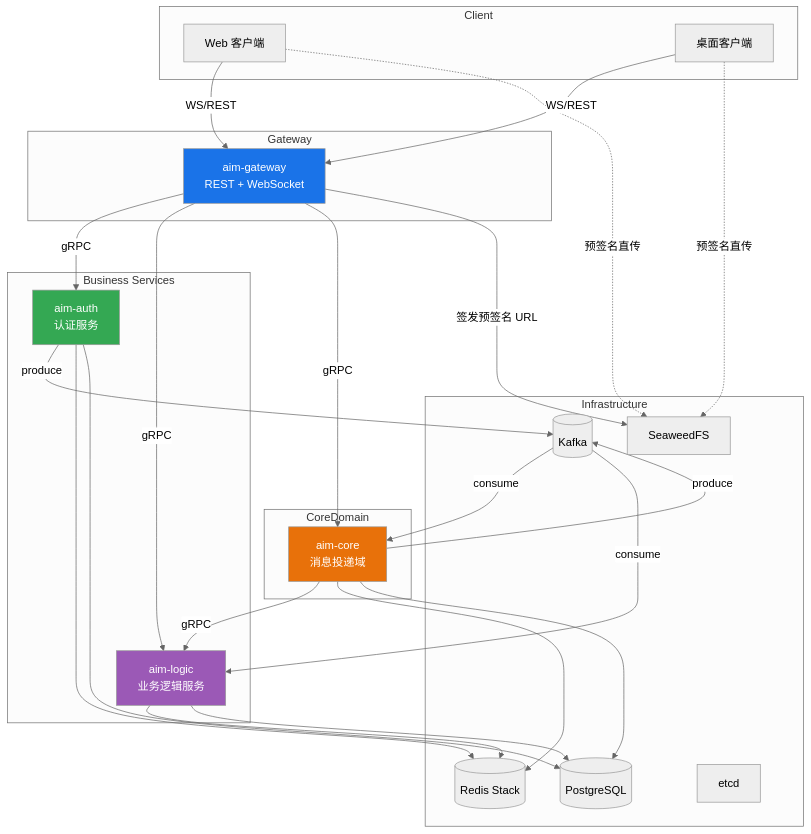
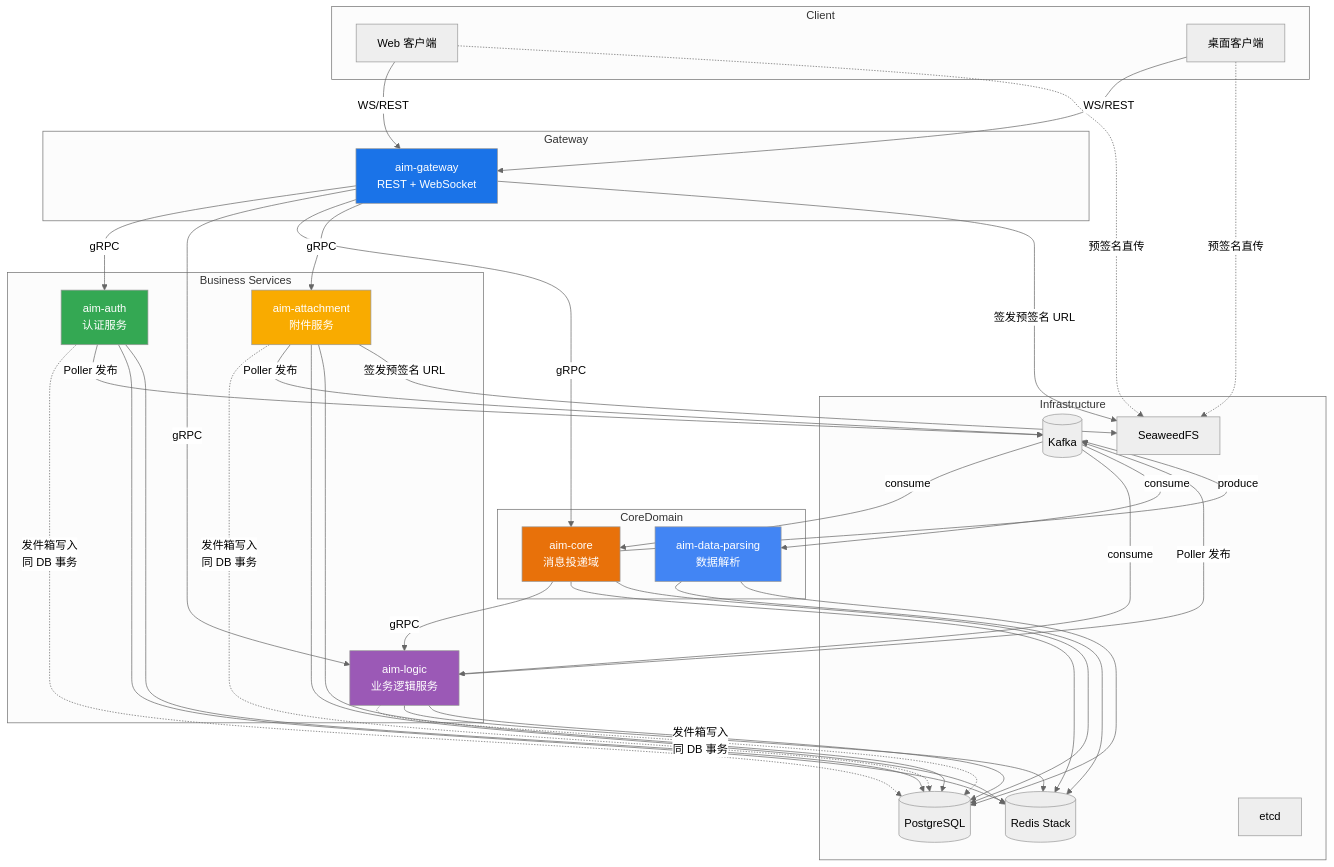
One commit to hellopoisonx/aim changed the diagram in README.md. Above: the diagram before and after it, drawn with Mermaid (neutral theme). The commit also changed other lines of this file, not shown here.

````diff
--- a/README.md
+++ b/README.md
@@ -49,45 +74,66 @@
 ```mermaid
 graph TB
     subgraph Client
         Web[Web 客户端]
         Desktop[桌面客户端]
     end
     subgraph Gateway
         GW[aim-gateway<br/>REST + WebSocket]
     end
     subgraph "Business Services"
         Auth[aim-auth<br/>认证服务]
         Logic[aim-logic<br/>业务逻辑服务]
+        Attachment[aim-attachment<br/>附件服务]
     end
     subgraph CoreDomain
         Core[aim-core<br/>消息投递域]
+        DataParsing[aim-data-parsing<br/>数据解析]
     end
     subgraph Infrastructure
         Kafka[(Kafka)]
         Redis[(Redis Stack)]
         PG[(PostgreSQL)]
         SeaweedFS[SeaweedFS]
         Etcd[etcd]
+    end
 
-    end
     Web -->|WS/REST| GW
     Desktop -->|WS/REST| GW
     GW -->|gRPC| Auth
     GW -->|gRPC| Logic
     GW -->|gRPC| Core
+    GW -->|gRPC| Attachment
     Core -->|gRPC| Logic
+
     Core -->|produce| Kafka
     Kafka -->|consume| Core
-    Auth -->|produce| Kafka
+
+    Auth -.->|发件箱写入<br/>同 DB 事务| PG
+    Logic -.->|发件箱写入<br/>同 DB 事务| PG
+    Attachment -.->|发件箱写入<br/>同 DB 事务| PG
+
+    Auth -->|Poller 发布| Kafka
+    Logic -->|Poller 发布| Kafka
+    Attachment -->|Poller 发布| Kafka
+
     Kafka -->|consume| Logic
+    Kafka -->|consume| DataParsing
+
     Auth --> Redis & PG
     Logic --> Redis & PG
     Core --> Redis & PG
+    Attachment --> Redis & PG
+    DataParsing --> Redis & PG
+
     Web -.->|预签名直传| SeaweedFS
     Desktop -.->|预签名直传| SeaweedFS
     GW -->|签发预签名 URL| SeaweedFS
+    Attachment -->|签发预签名 URL| SeaweedFS
+
     style GW fill:#1a73e8,color:#fff
     style Core fill:#e8710a,color:#fff
     style Auth fill:#34a853,color:#fff
     style Logic fill:#9b59b6,color:#fff
+    style Attachment fill:#f9ab00,color:#fff
+    style DataParsing fill:#4285f4,color:#fff
 ```
````
